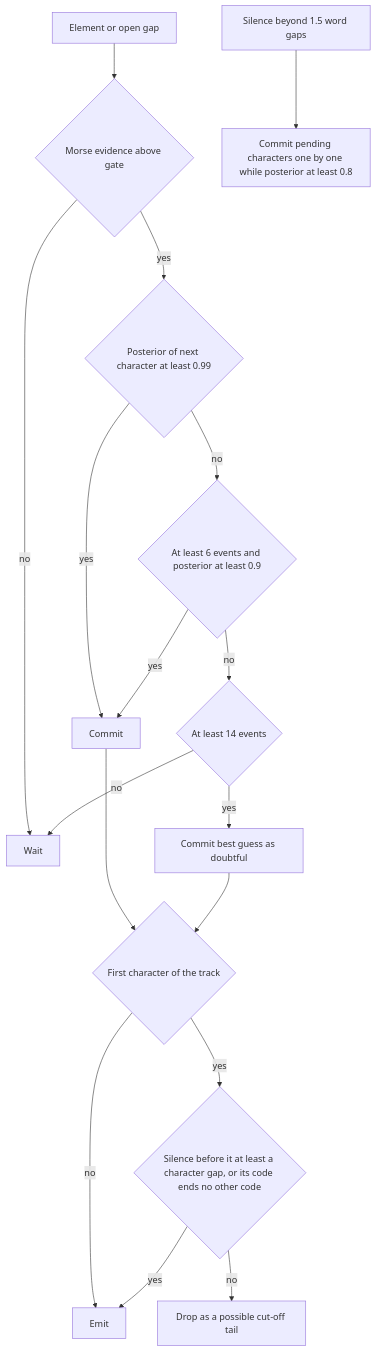
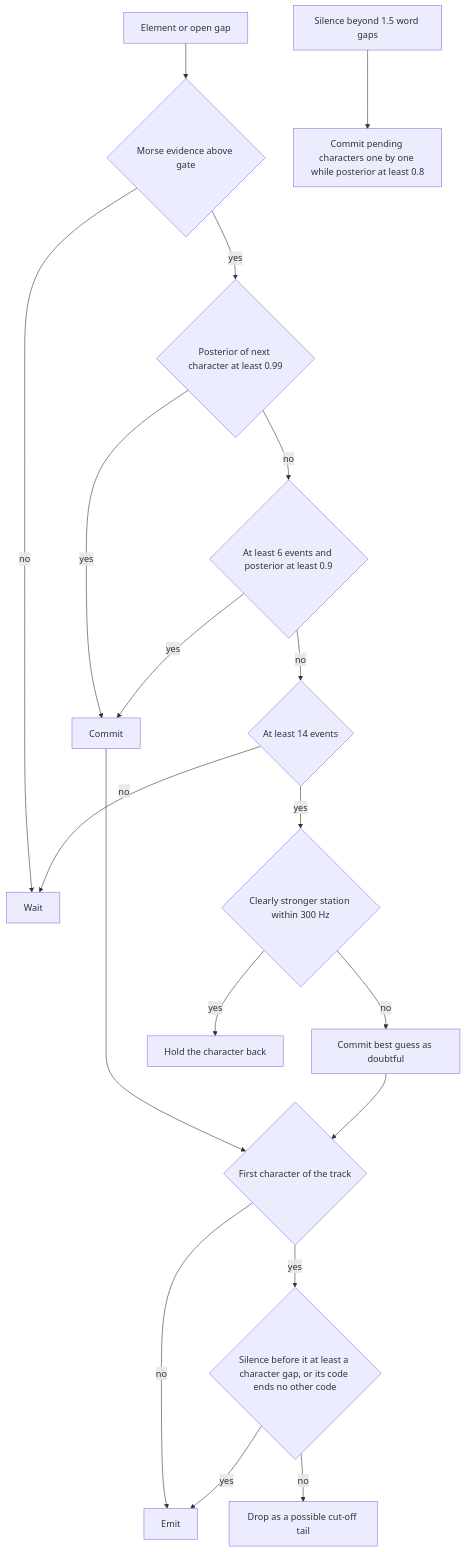
Before and after one commit to nextzlog/rumo: the sixth of 6 diagrams in README.md, drawn with Mermaid. The commit also changed other lines of this file and 3 other files, not shown here.

````diff
--- a/README.md
+++ b/README.md
@@ -141,19 +141,21 @@
 ```mermaid
 flowchart TD
   A[Element or open gap] --> B{Morse evidence above gate}
   B -->|no| Z[Wait]
   B -->|yes| C{Posterior of next character at least 0.99}
   C -->|yes| D[Commit]
   C -->|no| E{At least 6 events and posterior at least 0.9}
   E -->|yes| D
   E -->|no| F{At least 14 events}
   F -->|no| Z
-  F -->|yes| G[Commit best guess as doubtful]
+  F -->|yes| N{Clearly stronger station within 300 Hz}
+  N -->|no| G[Commit best guess as doubtful]
+  N -->|yes| O[Hold the character back]
   H[Silence beyond 1.5 word gaps] --> I[Commit pending characters one by one while posterior at least 0.8]
   D --> J{First character of the track}
   G --> J
   J -->|no| K[Emit]
   J -->|yes| L{Silence before it at least a character gap, or its code ends no other code}
   L -->|yes| K
   L -->|no| M[Drop as a possible cut-off tail]
 ```
````
